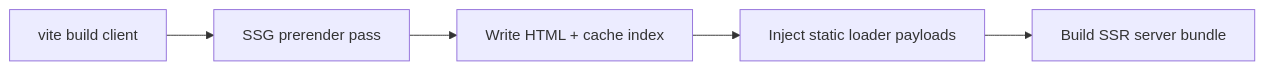
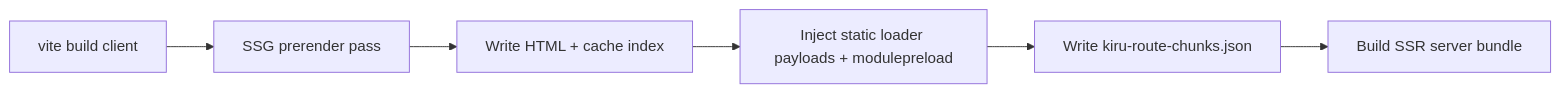
The diagram in docs/v2/13-vite-plugin-and-build-pipeline.md (kirujs/kiru), drawn with Mermaid before and after one commit. The commit also changed other lines of this file and 24 other files, not shown here.

````diff
--- a/docs/v2/13-vite-plugin-and-build-pipeline.md
+++ b/docs/v2/13-vite-plugin-and-build-pipeline.md
@@ -57,7 +57,8 @@
 ```mermaid
 flowchart LR
   A[vite build client] --> B[SSG prerender pass]
   B --> C[Write HTML + cache index]
-  C --> D[Inject static loader payloads]
-  D --> E[Build SSR server bundle]
+  C --> D[Inject static loader payloads + modulepreload]
+  D --> E[Write kiru-route-chunks.json]
+  E --> F[Build SSR server bundle]
 ```
````
